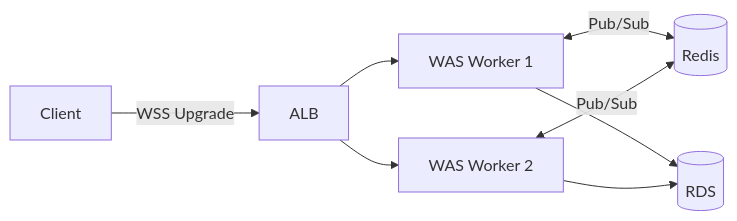
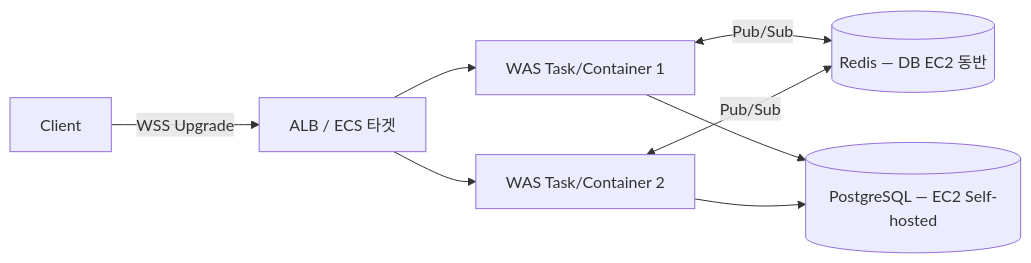
Before and after one commit to kyjness/2-kyjness-community-be: the second of 4 diagrams in docs/infrastructure-reliability-design.md, drawn with Mermaid. The commit also changed other lines of this file and 16793 other files, not shown here.

````diff
--- a/docs/infrastructure-reliability-design.md
+++ b/docs/infrastructure-reliability-design.md
@@ -87,10 +87,10 @@
 ```mermaid
 graph LR
-    UA[Client] -->|WSS Upgrade| ALB[ALB]
-    ALB --> W1[WAS Worker 1]
-    ALB --> W2[WAS Worker 2]
-    W1 <-->|Pub/Sub| REDIS[(Redis)]
+    UA[Client] -->|WSS Upgrade| ALB[ALB / ECS 타겟]
+    ALB --> W1[WAS Task/Container 1]
+    ALB --> W2[WAS Task/Container 2]
+    W1 <-->|Pub/Sub| REDIS[(Redis — DB EC2 동반)]
     W2 <-->|Pub/Sub| REDIS
-    W1 --> RDS[(RDS)]
-    W2 --> RDS
+    W1 --> PG[(PostgreSQL — EC2 Self-hosted)]
+    W2 --> PG
 ```
````
